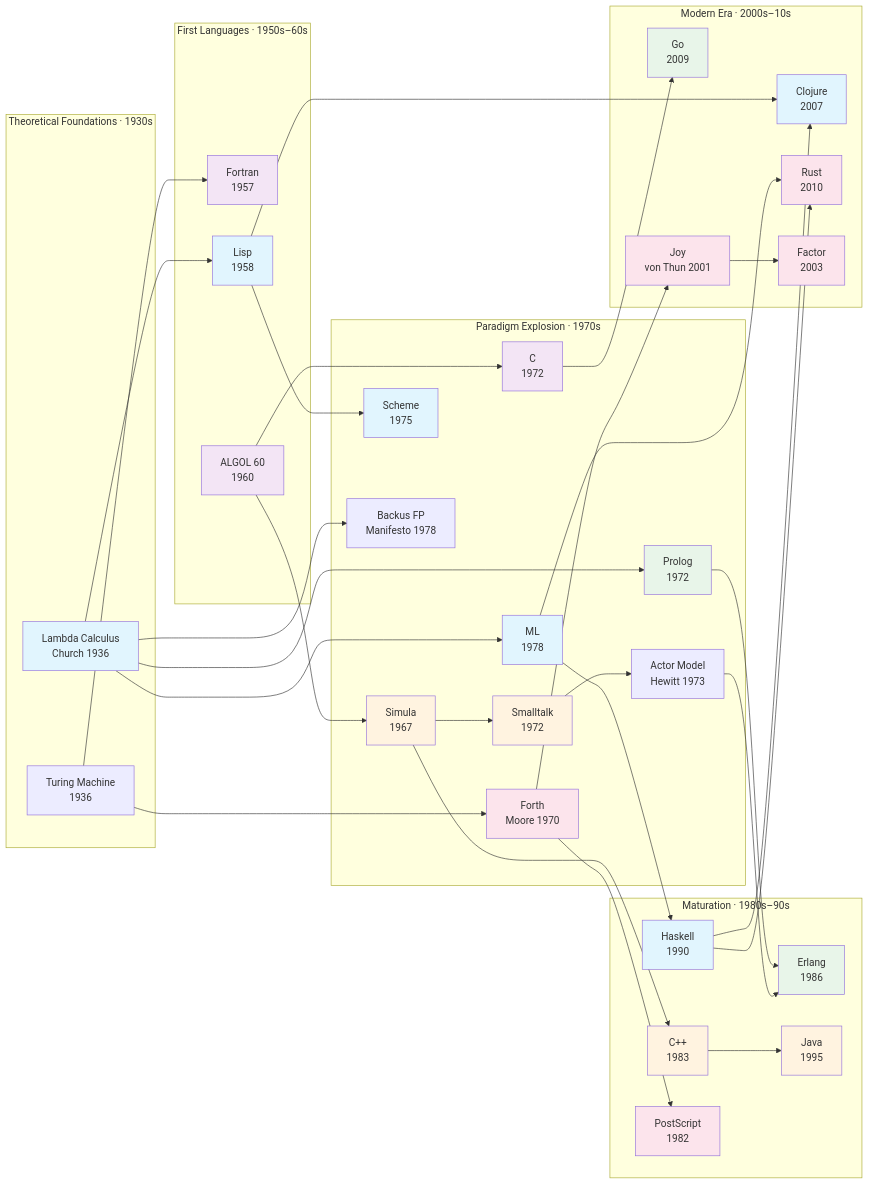
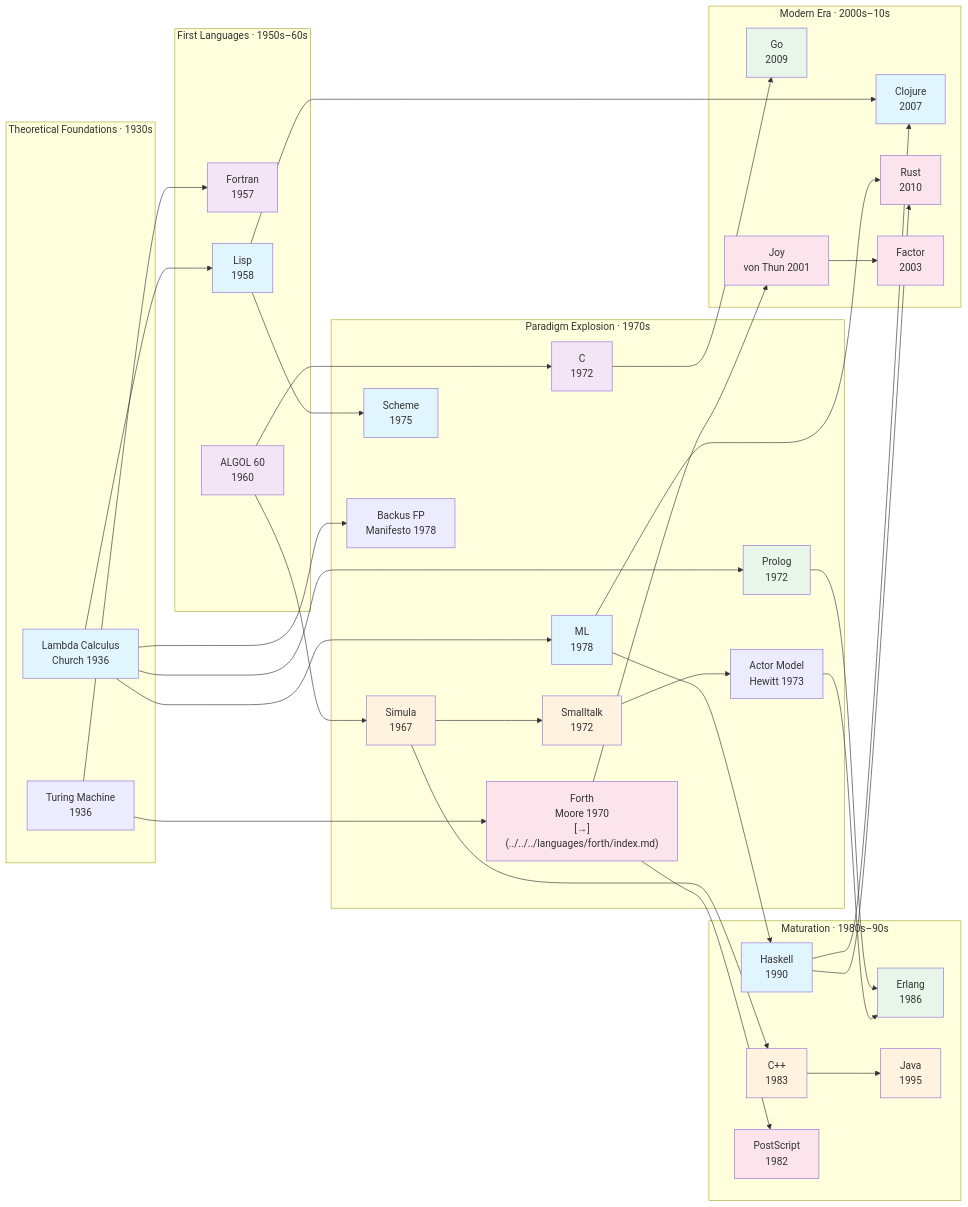
The fourth of 4 diagrams in docs/topics/concepts/paradigms/index.md (akardapolov/software-atlas), drawn with Mermaid before and after one commit. The commit also changed other lines of this file and 22 other files, not shown here.

```diff
--- a/docs/topics/concepts/paradigms/index.md
+++ b/docs/topics/concepts/paradigms/index.md
@@ -984,7 +986,7 @@
         Scheme["Scheme<br/>1975"]
         ML["ML<br/>1978"]
         Backus78["Backus FP<br/>Manifesto 1978"]
-        Forth["Forth<br/>Moore 1970"]
+        Forth["Forth<br/>Moore 1970<br/>[→](../../../languages/forth/index.md)"]
         Church --> Prolog
         Simula --> Smalltalk
         Smalltalk --> Hewitt
```
